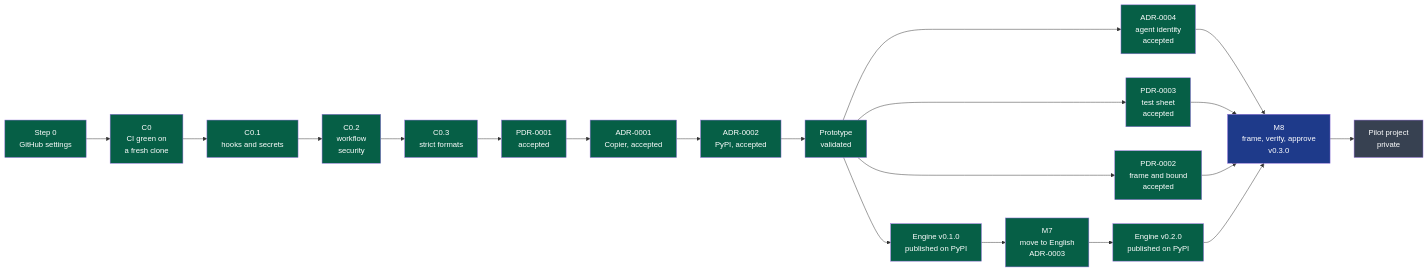
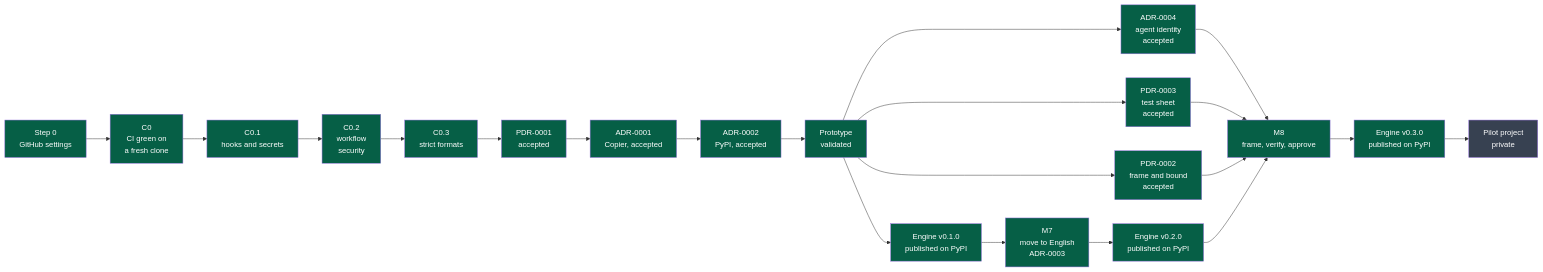
One commit to NapkinStack/engineering-os changed the first of 2 diagrams in docs/governance/workstreams.md. Above: the diagram before and after it, drawn with Mermaid. The commit also changed other lines of this file and 6 other files, not shown here.

````diff
--- a/docs/governance/workstreams.md
+++ b/docs/governance/workstreams.md
@@ -10,28 +10,29 @@
 ```mermaid
 flowchart LR
     S0["Step 0<br/>GitHub settings"]:::done --> C0["C0<br/>CI green on<br/>a fresh clone"]:::done
     C0 --> C01["C0.1<br/>hooks and secrets"]:::done
     C01 --> C02["C0.2<br/>workflow<br/>security"]:::done
     C02 --> C03["C0.3<br/>strict formats"]:::done
     C03 --> PDR["PDR-0001<br/>accepted"]:::done
     PDR --> A1["ADR-0001<br/>Copier, accepted"]:::done
     A1 --> A2["ADR-0002<br/>PyPI, accepted"]:::done
     A2 --> PT["Prototype<br/>validated"]:::done
     PT --> RP["Engine v0.1.0<br/>published on PyPI"]:::done
     RP --> M7["M7<br/>move to English<br/>ADR-0003"]:::done
     M7 --> V2["Engine v0.2.0<br/>published on PyPI"]:::done
     PT --> A4["ADR-0004<br/>agent identity<br/>accepted"]:::done
     PT --> P3["PDR-0003<br/>test sheet<br/>accepted"]:::done
     PT --> P2["PDR-0002<br/>frame and bound<br/>accepted"]:::done
-    A4 --> M8["M8<br/>frame, verify, approve<br/>v0.3.0"]:::wip
+    A4 --> M8["M8<br/>frame, verify, approve"]:::done
     P3 --> M8
     P2 --> M8
     V2 --> M8
-    M8 --> PP["Pilot project<br/>private"]:::todo
+    M8 --> V3["Engine v0.3.0<br/>published on PyPI"]:::done
+    V3 --> PP["Pilot project<br/>private"]:::todo
 
     classDef done fill:#065f46,color:#fff
     classDef wip fill:#1e3a8a,color:#fff
     classDef partial fill:#92400e,color:#fff
     classDef todo fill:#374151,color:#fff
     classDef blocked fill:#7c2d12,color:#fff
 ```
````
